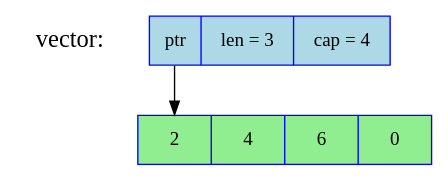
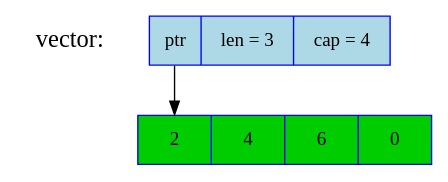
One commit to ferrous-systems/rust-training changed the fourth of 7 diagrams in training-slides/src/collections.md. Above: the diagram before and after it, drawn with Graphviz. The commit also changed other lines of this file and 7 other files, not shown here.

````diff
--- a/training-slides/src/collections.md
+++ b/training-slides/src/collections.md
@@ -110,14 +110,14 @@
 ```dot process
 digraph {
     node [shape=plaintext, fontcolor=black, fontsize=18];
     "vector:" [color=white];
 
     node [shape=record, fontcolor=black, fontsize=14, width=3];
-    _inner [label="<f0> 2 | 4 | 6 | 0", color=blue, fillcolor=lightgreen, style=filled];
+    _inner [label="<f0> 2 | 4 | 6 | 0", color=blue, fillcolor=green3, style=filled];
     node [shape=record, fontcolor=black, fontsize=14, width=2];
     vector [label="<p0> ptr | len = 3 | cap = 4", color=blue, fillcolor=lightblue, style=filled];
     vector:p0 -> _inner:f0;
 
     { rank=same; "vector:"; vector }
 }
 ```
````
